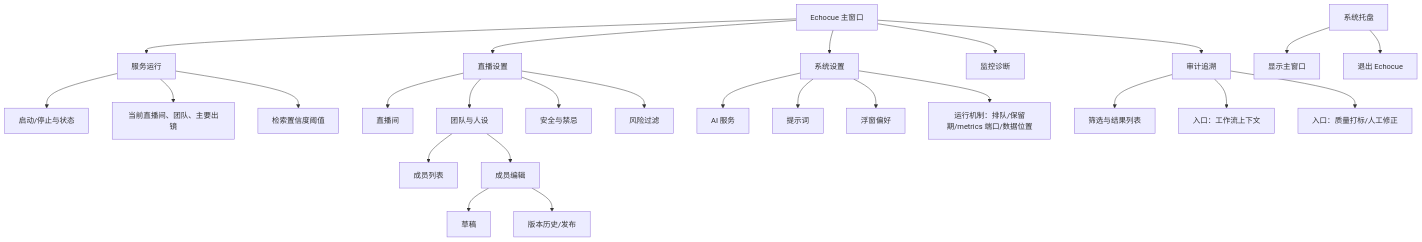
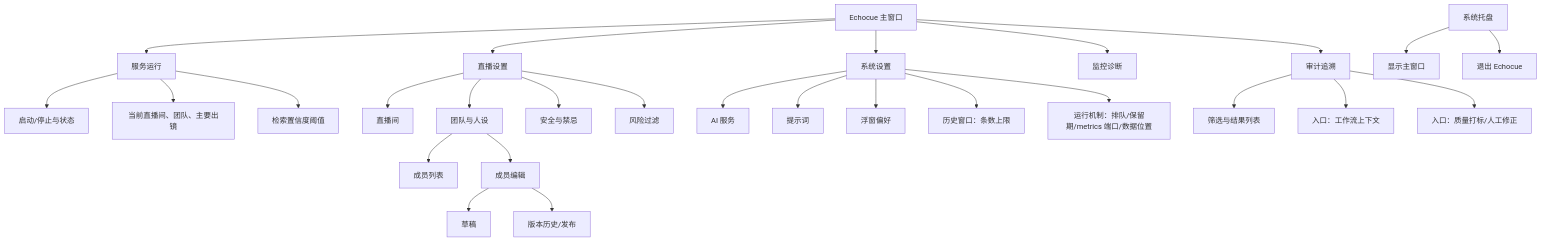
Before and after one commit to Ahsen17/douyin-echocue-standalone: the first of 5 diagrams in docs/10-ui/Echocue-UI信息架构与交互设计-v0.1.md, drawn with Mermaid. The commit also changed other lines of this file and 38 other files, not shown here.

````diff
--- a/docs/10-ui/Echocue-UI信息架构与交互设计-v0.1.md
+++ b/docs/10-ui/Echocue-UI信息架构与交互设计-v0.1.md
@@ -25,28 +25,29 @@
 ```mermaid
 flowchart TB
   APP[Echocue 主窗口] --> RUN[服务运行]
   APP --> LIVE[直播设置]
   APP --> SYS[系统设置]
   APP --> DIAG[监控诊断]
   APP --> AUDIT[审计追溯]
   RUN --> START[启动/停止与状态]
   RUN --> SUMMARY[当前直播间、团队、主要出镜]
   RUN --> THRESHOLD[检索置信度阈值]
   LIVE --> ROOM[直播间]
   LIVE --> TEAM[团队与人设]
   LIVE --> SAFE[安全与禁忌]
   LIVE --> RISK[风险过滤]
   SYS --> PROVIDER[AI 服务]
   SYS --> PROMPT[提示词]
   SYS --> OVERLAY[浮窗偏好]
+  SYS --> HISTORY[历史窗口：条数上限]
   SYS --> RUNTIME[运行机制：排队/保留期/metrics 端口/数据位置]
   TEAM --> LIST[成员列表]
   TEAM --> EDIT[成员编辑]
   EDIT --> DRAFT[草稿]
   EDIT --> VERSION[版本历史/发布]
   AUDIT --> SEARCH[筛选与结果列表]
   AUDIT --> WORKFLOW[入口：工作流上下文]
   AUDIT --> LABEL[入口：质量打标/人工修正]
   TRAY[系统托盘] --> SHOW[显示主窗口]
   TRAY --> EXIT[退出 Echocue]
 ```
````
